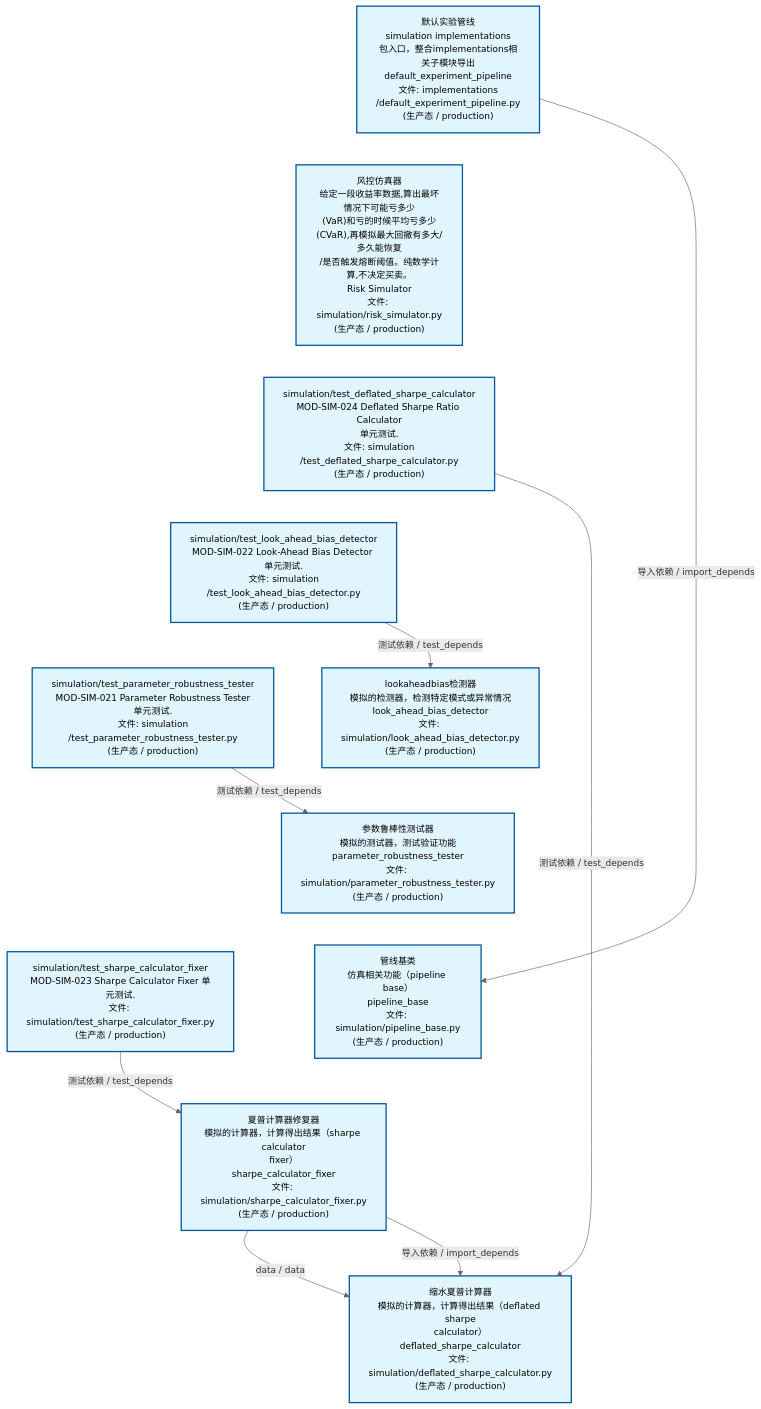
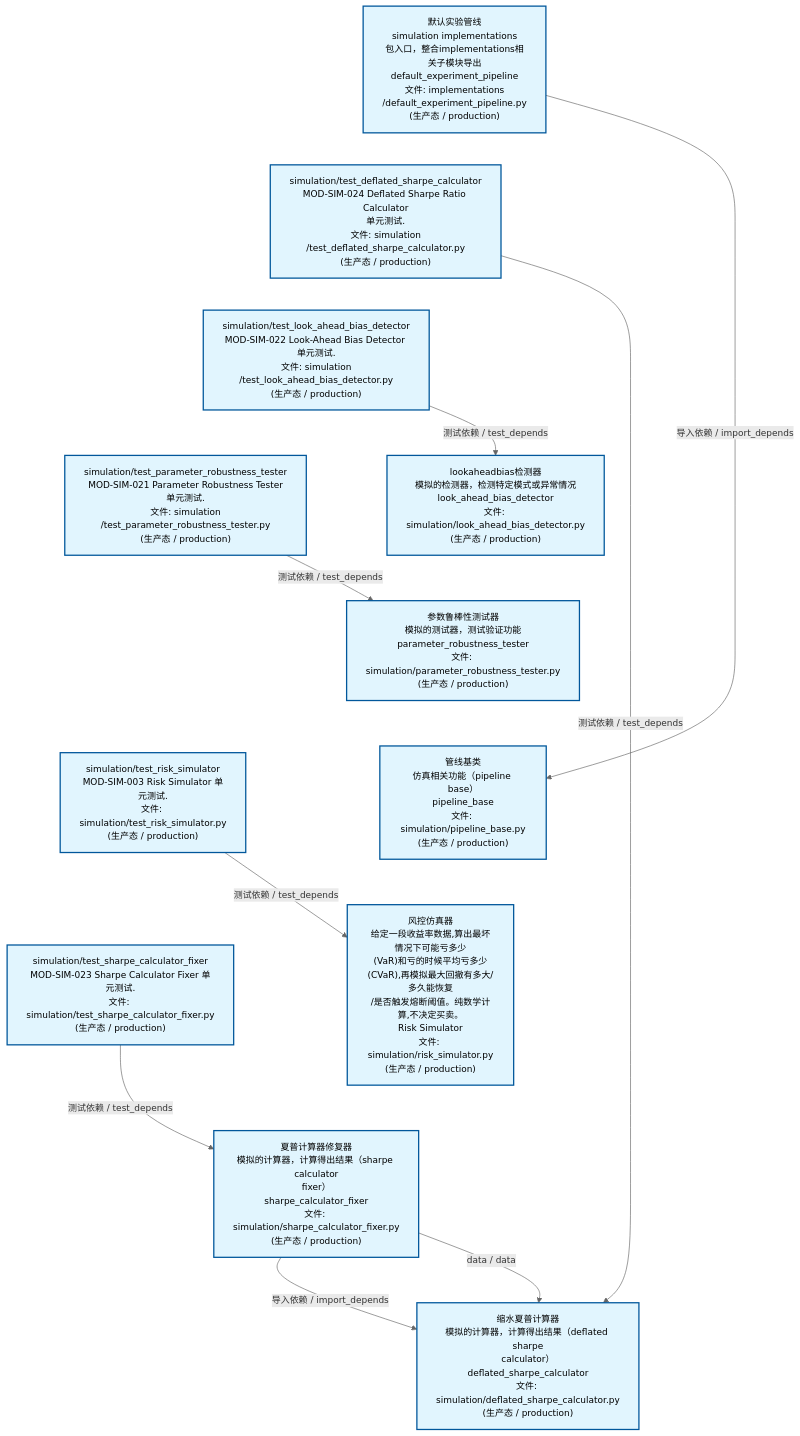
One commit to xuanFelixVan/ZephyrAlpha changed the second of 4 diagrams in docs/02_enterprise_architecture/02_domain_architecture_docs/70_d_simulation.md. Above: the diagram before and after it, drawn with Mermaid. The commit also changed other lines of this file and 39 other files, not shown here.

````diff
--- a/docs/02_enterprise_architecture/02_domain_architecture_docs/70_d_simulation.md
+++ b/docs/02_enterprise_architecture/02_domain_architecture_docs/70_d_simulation.md
@@ -114,35 +117,38 @@
 ```mermaid
 %%{init: {'theme': 'base', 'themeVariables': {'primaryColor': '#eaeaea', 'primaryTextColor': '#333333', 'primaryBorderColor': '#666666', 'lineColor': '#666666', 'secondaryColor': '#eaeaea', 'tertiaryColor': '#eaeaea', 'fontSize': '14px'}}}%%
 flowchart TD
     src_zephyr_simulation_implementations_default_experiment_pipeline_py["默认实验管线<br/>simulation implementations<br/>包入口，整合implementations相关子模块导出<br/>default_experiment_pipeline<br/>文件: implementations<br/>/default_experiment_pipeline.py<br/>(生产态 / production)"]
-    src_zephyr_simulation_risk_simulator_py["风控仿真器<br/>给定一段收益率数据,算出最坏情况下可能亏多少<br/>(VaR)和亏的时候平均亏多少<br/>(CVaR),再模拟最大回撤有多大/多久能恢复<br/>/是否触发熔断阈值。纯数学计算,不决定买卖。<br/>Risk Simulator<br/>文件: simulation/risk_simulator.py<br/>(生产态 / production)"]
     tests_simulation_test_deflated_sharpe_calculator_py["simulation/test_deflated_sharpe_calculator<br/>MOD-SIM-024 Deflated Sharpe Ratio Calculator<br/>单元测试.<br/>文件: simulation<br/>/test_deflated_sharpe_calculator.py<br/>(生产态 / production)"]
     tests_simulation_test_look_ahead_bias_detector_py["simulation/test_look_ahead_bias_detector<br/>MOD-SIM-022 Look-Ahead Bias Detector 单元测试.<br/>文件: simulation<br/>/test_look_ahead_bias_detector.py<br/>(生产态 / production)"]
     tests_simulation_test_parameter_robustness_tester_py["simulation/test_parameter_robustness_tester<br/>MOD-SIM-021 Parameter Robustness Tester<br/>单元测试.<br/>文件: simulation<br/>/test_parameter_robustness_tester.py<br/>(生产态 / production)"]
+    tests_simulation_test_risk_simulator_py["simulation/test_risk_simulator<br/>MOD-SIM-003 Risk Simulator 单元测试.<br/>文件: simulation/test_risk_simulator.py<br/>(生产态 / production)"]
     tests_simulation_test_sharpe_calculator_fixer_py["simulation/test_sharpe_calculator_fixer<br/>MOD-SIM-023 Sharpe Calculator Fixer 单元测试.<br/>文件: simulation/test_sharpe_calculator_fixer.py<br/>(生产态 / production)"]
-    src_zephyr_simulation_implementations_default_experiment_pipeline_py ~~~ src_zephyr_simulation_risk_simulator_py
-    src_zephyr_simulation_risk_simulator_py ~~~ tests_simulation_test_deflated_sharpe_calculator_py
+    src_zephyr_simulation_implementations_default_experiment_pipeline_py ~~~ tests_simulation_test_deflated_sharpe_calculator_py
     tests_simulation_test_deflated_sharpe_calculator_py ~~~ tests_simulation_test_look_ahead_bias_detector_py
     tests_simulation_test_look_ahead_bias_detector_py ~~~ tests_simulation_test_parameter_robustness_tester_py
-    tests_simulation_test_parameter_robustness_tester_py ~~~ tests_simulation_test_sharpe_calculator_fixer_py
+    tests_simulation_test_parameter_robustness_tester_py ~~~ tests_simulation_test_risk_simulator_py
+    tests_simulation_test_risk_simulator_py ~~~ tests_simulation_test_sharpe_calculator_fixer_py
     src_zephyr_simulation_look_ahead_bias_detector_py["lookaheadbias检测器<br/>模拟的检测器，检测特定模式或异常情况<br/>look_ahead_bias_detector<br/>文件: simulation/look_ahead_bias_detector.py<br/>(生产态 / production)"]
     src_zephyr_simulation_parameter_robustness_tester_py["参数鲁棒性测试器<br/>模拟的测试器，测试验证功能<br/>parameter_robustness_tester<br/>文件: simulation/parameter_robustness_tester.py<br/>(生产态 / production)"]
     src_zephyr_simulation_pipeline_base_py["管线基类<br/>仿真相关功能（pipeline base）<br/>pipeline_base<br/>文件: simulation/pipeline_base.py<br/>(生产态 / production)"]
+    src_zephyr_simulation_risk_simulator_py["风控仿真器<br/>给定一段收益率数据,算出最坏情况下可能亏多少<br/>(VaR)和亏的时候平均亏多少<br/>(CVaR),再模拟最大回撤有多大/多久能恢复<br/>/是否触发熔断阈值。纯数学计算,不决定买卖。<br/>Risk Simulator<br/>文件: simulation/risk_simulator.py<br/>(生产态 / production)"]
     src_zephyr_simulation_sharpe_calculator_fixer_py["夏普计算器修复器<br/>模拟的计算器，计算得出结果（sharpe calculator<br/>fixer）<br/>sharpe_calculator_fixer<br/>文件: simulation/sharpe_calculator_fixer.py<br/>(生产态 / production)"]
     src_zephyr_simulation_look_ahead_bias_detector_py ~~~ src_zephyr_simulation_parameter_robustness_tester_py
     src_zephyr_simulation_parameter_robustness_tester_py ~~~ src_zephyr_simulation_pipeline_base_py
-    src_zephyr_simulation_pipeline_base_py ~~~ src_zephyr_simulation_sharpe_calculator_fixer_py
+    src_zephyr_simulation_pipeline_base_py ~~~ src_zephyr_simulation_risk_simulator_py
+    src_zephyr_simulation_risk_simulator_py ~~~ src_zephyr_simulation_sharpe_calculator_fixer_py
     src_zephyr_simulation_deflated_sharpe_calculator_py["缩水夏普计算器<br/>模拟的计算器，计算得出结果（deflated sharpe<br/>calculator）<br/>deflated_sharpe_calculator<br/>文件: simulation/deflated_sharpe_calculator.py<br/>(生产态 / production)"]
+    src_zephyr_simulation_sharpe_calculator_fixer_py -->|导入依赖 / import_depends| src_zephyr_simulation_deflated_sharpe_calculator_py
     src_zephyr_simulation_sharpe_calculator_fixer_py -->|data / data| src_zephyr_simulation_deflated_sharpe_calculator_py
-    src_zephyr_simulation_sharpe_calculator_fixer_py -->|导入依赖 / import_depends| src_zephyr_simulation_deflated_sharpe_calculator_py
     src_zephyr_simulation_implementations_default_experiment_pipeline_py -->|导入依赖 / import_depends| src_zephyr_simulation_pipeline_base_py
     tests_simulation_test_deflated_sharpe_calculator_py -->|测试依赖 / test_depends| src_zephyr_simulation_deflated_sharpe_calculator_py
+    tests_simulation_test_look_ahead_bias_detector_py -->|测试依赖 / test_depends| src_zephyr_simulation_look_ahead_bias_detector_py
     tests_simulation_test_sharpe_calculator_fixer_py -->|测试依赖 / test_depends| src_zephyr_simulation_sharpe_calculator_fixer_py
-    tests_simulation_test_look_ahead_bias_detector_py -->|测试依赖 / test_depends| src_zephyr_simulation_look_ahead_bias_detector_py
     tests_simulation_test_parameter_robustness_tester_py -->|测试依赖 / test_depends| src_zephyr_simulation_parameter_robustness_tester_py
+    tests_simulation_test_risk_simulator_py -->|测试依赖 / test_depends| src_zephyr_simulation_risk_simulator_py
     classDef production fill:#e1f5fe,stroke:#01579b,stroke-width:2px,color:#000
     classDef design fill:#fff3e0,stroke:#e65100,stroke-width:2px,color:#000,stroke-dasharray: 5 5
     classDef external_prod fill:#e8f4fd,stroke:#0277bd,stroke-width:1px,color:#000
     classDef external_design fill:#fff8e7,stroke:#ef6c00,stroke-width:1px,color:#000,stroke-dasharray: 5 5
-    class src_zephyr_simulation_deflated_sharpe_calculator_py,src_zephyr_simulation_implementations_default_experiment_pipeline_py,src_zephyr_simulation_look_ahead_bias_detector_py,src_zephyr_simulation_parameter_robustness_tester_py,src_zephyr_simulation_pipeline_base_py,src_zephyr_simulation_risk_simulator_py,src_zephyr_simulation_sharpe_calculator_fixer_py,tests_simulation_test_deflated_sharpe_calculator_py,tests_simulation_test_look_ahead_bias_detector_py,tests_simulation_test_parameter_robustness_tester_py,tests_simulation_test_sharpe_calculator_fixer_py production
+    class src_zephyr_simulation_deflated_sharpe_calculator_py,src_zephyr_simulation_implementations_default_experiment_pipeline_py,src_zephyr_simulation_look_ahead_bias_detector_py,src_zephyr_simulation_parameter_robustness_tester_py,src_zephyr_simulation_pipeline_base_py,src_zephyr_simulation_risk_simulator_py,src_zephyr_simulation_sharpe_calculator_fixer_py,tests_simulation_test_deflated_sharpe_calculator_py,tests_simulation_test_look_ahead_bias_detector_py,tests_simulation_test_parameter_robustness_tester_py,tests_simulation_test_risk_simulator_py,tests_simulation_test_sharpe_calculator_fixer_py production
 ```
````
